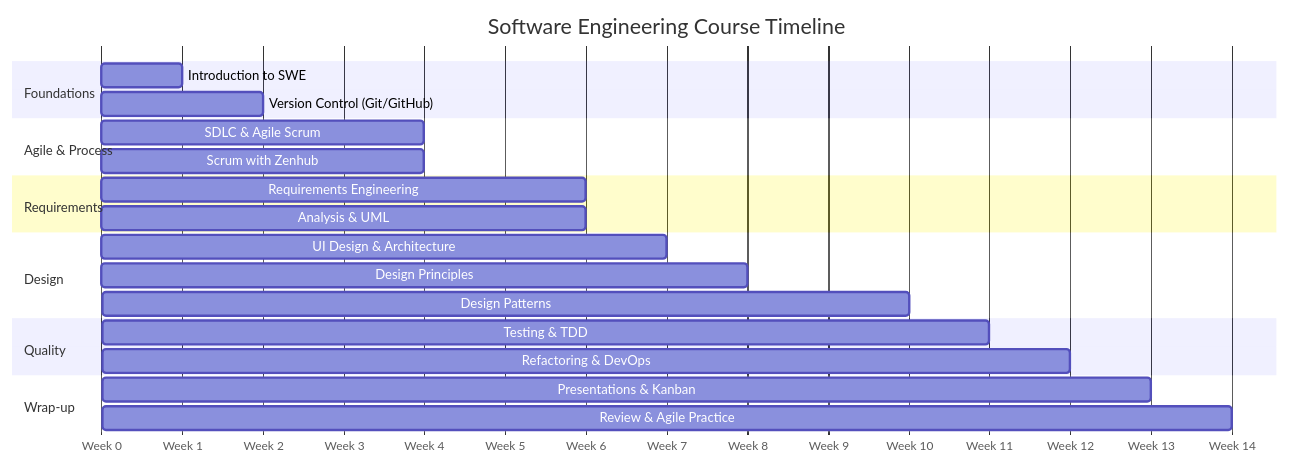
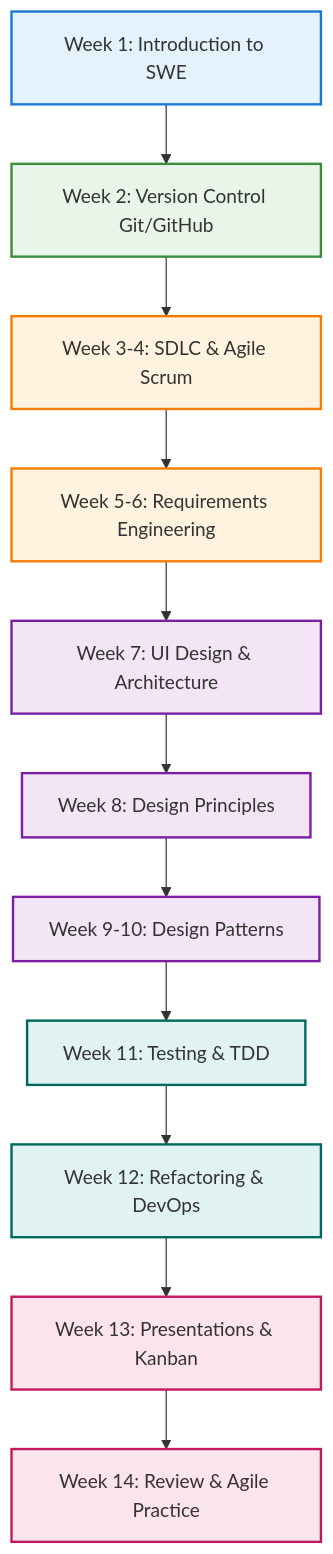
The diagram in index.md (ratulalahy/intro_to_swe), drawn with Mermaid before and after one commit. The commit also changed other lines of this file, not shown here.

Commit message:
updated the style of intro

````diff
--- a/index.md
+++ b/index.md
@@ -45,31 +44,25 @@
 ```{mermaid}
-gantt
-    title Software Engineering Course Timeline
-    dateFormat  X
-    axisFormat Week %s
-
-    section Foundations
-    Introduction to SWE           :intro, 0, 1
-    Version Control (Git/GitHub)  :git, 1, 2
-
-    section Agile & Process
-    SDLC & Agile Scrum           :agile, 2, 4
-    Scrum with Zenhub            :scrum, 3, 4
+graph TD
+    A[Week 1: Introduction to SWE] --> B[Week 2: Version Control Git/GitHub]
+    B --> C[Week 3-4: SDLC & Agile Scrum]
+    C --> D[Week 5-6: Requirements Engineering]
+    D --> E[Week 7: UI Design & Architecture]
+    E --> F[Week 8: Design Principles]
+    F --> G[Week 9-10: Design Patterns]
+    G --> H[Week 11: Testing & TDD]
+    H --> I[Week 12: Refactoring & DevOps]
+    I --> J[Week 13: Presentations & Kanban]
+    J --> K[Week 14: Review & Agile Practice]
     
-    section Requirements
-    Requirements Engineering      :req, 4, 6
-    Analysis & UML               :uml, 5, 6
-
-    section Design
-    UI Design & Architecture     :ui, 6, 7
-    Design Principles            :principles, 7, 8
-    Design Patterns              :patterns, 8, 10
-
-    section Quality
-    Testing & TDD                :testing, 10, 11
-    Refactoring & DevOps         :devops, 11, 12
-
-    section Wrap-up
-    Presentations & Kanban       :present, 12, 13
-    Review & Agile Practice      :review, 13, 14
+    style A fill:#e3f2fd,stroke:#1976d2,stroke-width:2px
+    style B fill:#e8f5e8,stroke:#388e3c,stroke-width:2px
+    style C fill:#fff3e0,stroke:#f57c00,stroke-width:2px
+    style D fill:#fff3e0,stroke:#f57c00,stroke-width:2px
+    style E fill:#f3e5f5,stroke:#7b1fa2,stroke-width:2px
+    style F fill:#f3e5f5,stroke:#7b1fa2,stroke-width:2px
+    style G fill:#f3e5f5,stroke:#7b1fa2,stroke-width:2px
+    style H fill:#e0f2f1,stroke:#00695c,stroke-width:2px
+    style I fill:#e0f2f1,stroke:#00695c,stroke-width:2px
+    style J fill:#fce4ec,stroke:#c2185b,stroke-width:2px
+    style K fill:#fce4ec,stroke:#c2185b,stroke-width:2px
 ```
````
